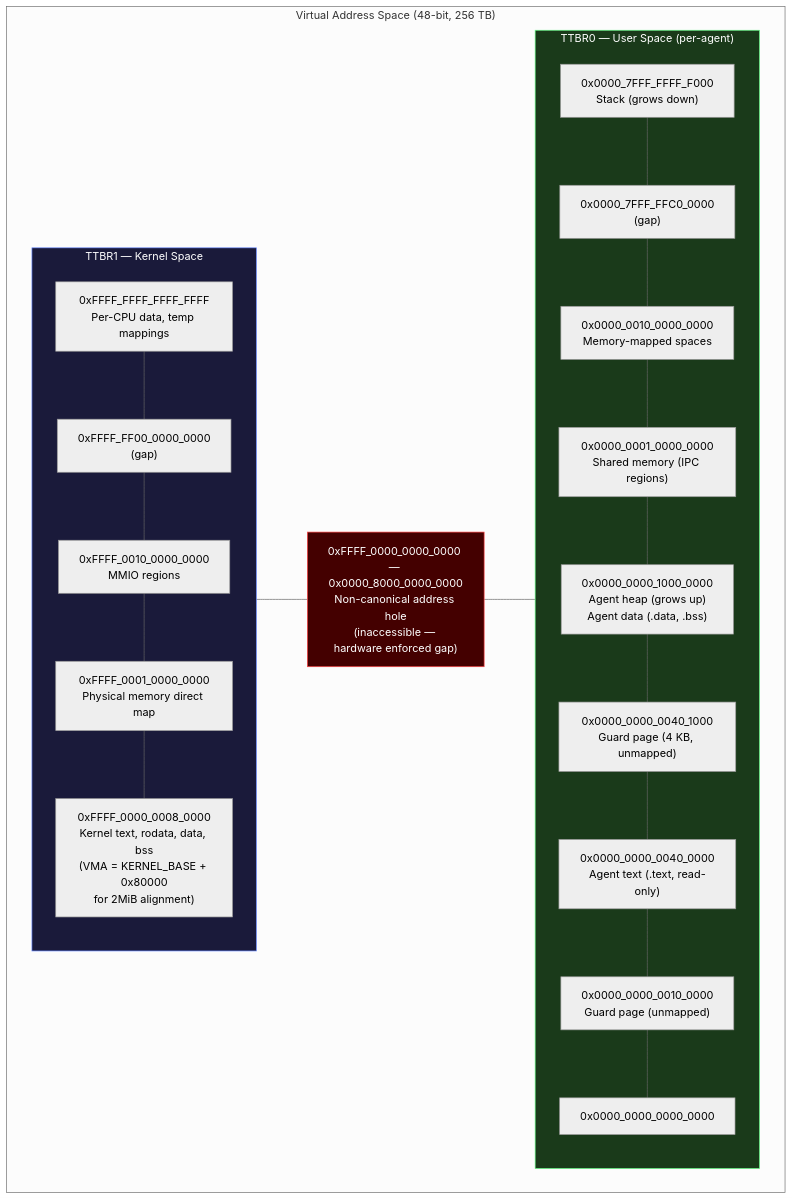
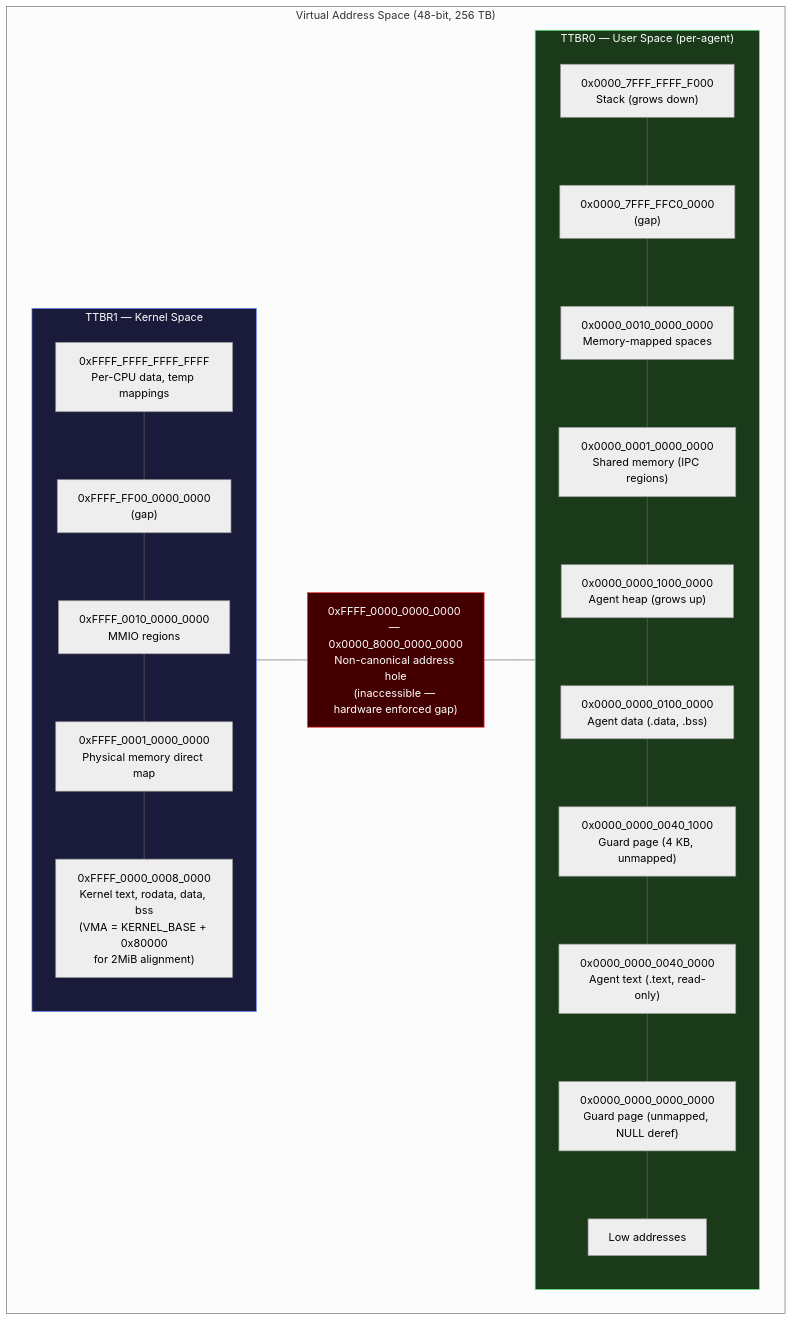
The first of 3 diagrams in docs/kernel/memory-virtual.md (juslee/aios), drawn with Mermaid (neutral theme) before and after one commit. The commit also changed other lines of this file and 3 other files, not shown here.

````diff
--- a/docs/kernel/memory-virtual.md
+++ b/docs/kernel/memory-virtual.md
@@ -14,49 +14,50 @@
 ```mermaid
 flowchart TD
     subgraph vas["Virtual Address Space (48-bit, 256 TB)"]
         subgraph ttbr1["TTBR1 — Kernel Space"]
             K1["`0xFFFF_FFFF_FFFF_FFFF
 Per-CPU data, temp mappings`"]
             K2["`0xFFFF_FF00_0000_0000
 (gap)`"]
             K3["`0xFFFF_0010_0000_0000
 MMIO regions`"]
             K4["`0xFFFF_0001_0000_0000
 Physical memory direct map`"]
             K5["`0xFFFF_0000_0008_0000
 Kernel text, rodata, data, bss
 (VMA = KERNEL_BASE + 0x80000
 for 2MiB alignment)`"]
             K1 --- K2 --- K3 --- K4 --- K5
         end
         HOLE["`0xFFFF_0000_0000_0000 — 0x0000_8000_0000_0000
 Non-canonical address hole
 (inaccessible — hardware enforced gap)`"]
         subgraph ttbr0["TTBR0 — User Space (per-agent)"]
             U1["`0x0000_7FFF_FFFF_F000
 Stack (grows down)`"]
             U2["`0x0000_7FFF_FFC0_0000
 (gap)`"]
             U3["`0x0000_0010_0000_0000
 Memory-mapped spaces`"]
             U4["`0x0000_0001_0000_0000
 Shared memory (IPC regions)`"]
             U5["`0x0000_0000_1000_0000
-Agent heap (grows up)
+Agent heap (grows up)`"]
+            U5b["`0x0000_0000_0100_0000
 Agent data (.data, .bss)`"]
             U6["`0x0000_0000_0040_1000
 Guard page (4 KB, unmapped)`"]
             U7["`0x0000_0000_0040_0000
 Agent text (.text, read-only)`"]
-            U8["`0x0000_0000_0010_0000
-Guard page (unmapped)`"]
-            U9["0x0000_0000_0000_0000"]
-            U1 --- U2 --- U3 --- U4 --- U5 --- U6 --- U7 --- U8 --- U9
+            U8["`0x0000_0000_0000_0000
+Guard page (unmapped, NULL deref)`"]
+            U9["Low addresses"]
+            U1 --- U2 --- U3 --- U4 --- U5 --- U5b --- U6 --- U7 --- U8 --- U9
         end
         ttbr1 --- HOLE --- ttbr0
     end
 
     style HOLE fill:#440000,stroke:#ff4444,color:#ffffff
     style ttbr1 fill:#1a1a3a,stroke:#6688ff,color:#ffffff
     style ttbr0 fill:#1a3a1a,stroke:#66ff88,color:#ffffff
 ```
````
